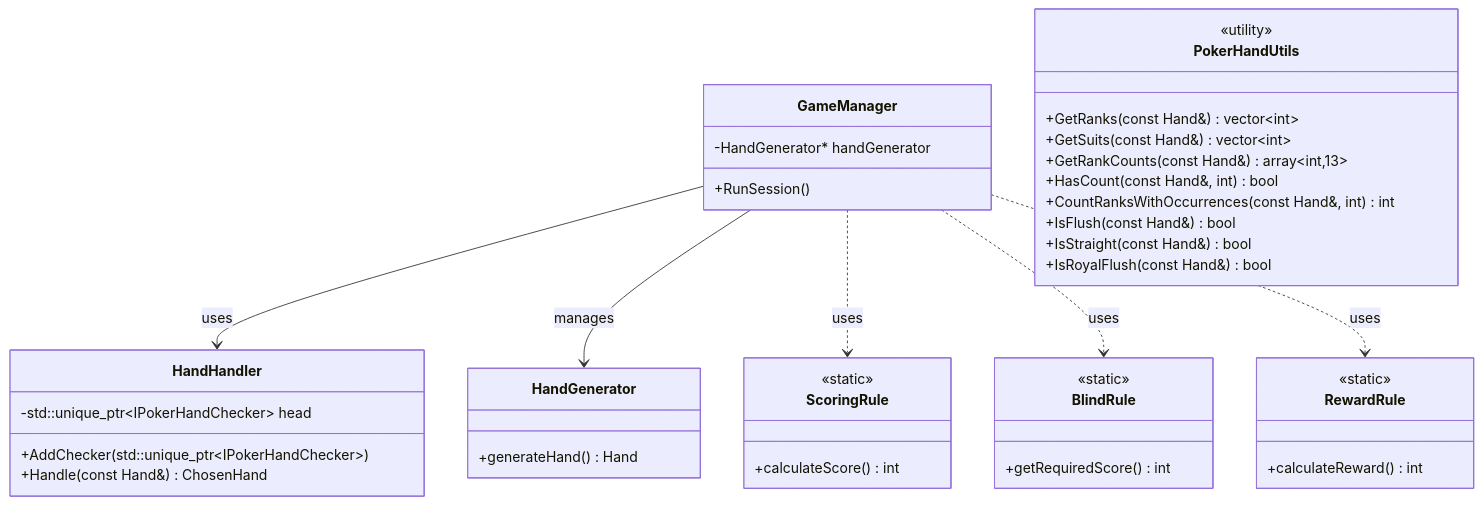
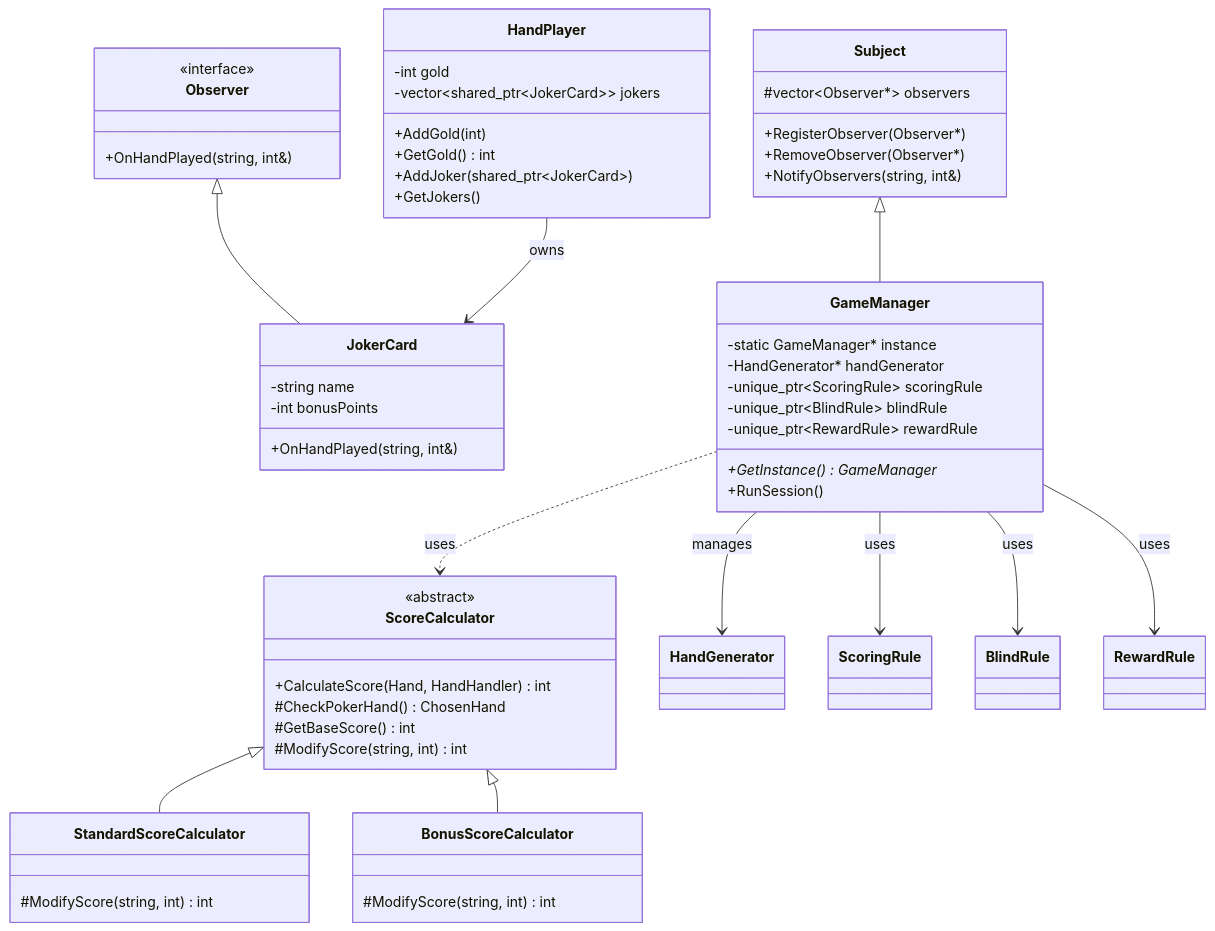
One commit to Amrhea/Kel.DesignPattern changed the second of 2 diagrams in docs/design-pattern-analysis.md. Above: the diagram before and after it, drawn with Mermaid. The commit also changed other lines of this file and 2 other files, not shown here.

Commit message:
docs: Update README, CHANGELOG, and design pattern analysis

````diff
--- a/docs/design-pattern-analysis.md
+++ b/docs/design-pattern-analysis.md
@@ -116,47 +132,68 @@
 ```mermaid
 classDiagram
+    class Subject {
+        #vector~Observer*~ observers
+        +RegisterObserver(Observer*)
+        +RemoveObserver(Observer*)
+        +NotifyObservers(string, int&)
+    }
+
+    class Observer {
+        <<interface>>
+        +OnHandPlayed(string, int&)
+    }
+
+    class JokerCard {
+        -string name
+        -int bonusPoints
+        +OnHandPlayed(string, int&)
+    }
+
     class GameManager {
+        -static GameManager* instance
         -HandGenerator* handGenerator
+        -unique_ptr~ScoringRule~ scoringRule
+        -unique_ptr~BlindRule~ blindRule
+        -unique_ptr~RewardRule~ rewardRule
+        +GetInstance() GameManager*
         +RunSession()
     }
 
-    class HandHandler {
-        -std::unique_ptr~IPokerHandChecker~ head
-        +AddChecker(std::unique_ptr~IPokerHandChecker~)
-        +Handle(const Hand&) ChosenHand
+    class HandPlayer {
+        -int gold
+        -vector~shared_ptr~JokerCard~~ jokers
+        +AddGold(int)
+        +GetGold() int
+        +AddJoker(shared_ptr~JokerCard~)
+        +GetJokers()
     }
 
-    class PokerHandUtils {
-        <<utility>>
-        +GetRanks(const Hand&) vector~int~
-        +GetSuits(const Hand&) vector~int~
-        +GetRankCounts(const Hand&) array~int,13~
-        +HasCount(const Hand&, int) bool
-        +CountRanksWithOccurrences(const Hand&, int) int
-        +IsFlush(const Hand&) bool
-        +IsStraight(const Hand&) bool
-        +IsRoyalFlush(const Hand&) bool
+    class ScoreCalculator {
+        <<abstract>>
+        +CalculateScore(Hand, HandHandler) int
+        #CheckPokerHand() ChosenHand
+        #GetBaseScore() int
+        #ModifyScore(string, int) int
     }
 
-    class HandGenerator {
-        +generateHand() Hand
-    }
-    class ScoringRule {
-        <<static>>
-        +calculateScore() int
-    }
-    class BlindRule {
-        <<static>>
-        +getRequiredScore() int
-    }
-    class RewardRule {
-        <<static>>
-        +calculateReward() int
+    class StandardScoreCalculator {
+        #ModifyScore(string, int) int
     }
 
-    GameManager --> HandHandler : uses
+    class BonusScoreCalculator {
+        #ModifyScore(string, int) int
+    }
+
+    Subject <|-- GameManager
+    Observer <|-- JokerCard
+    ScoreCalculator <|-- StandardScoreCalculator
+    ScoreCalculator <|-- BonusScoreCalculator
+
     GameManager --> HandGenerator : manages
-    GameManager ..> ScoringRule : uses
-    GameManager ..> BlindRule : uses
-    GameManager ..> RewardRule : uses
+    GameManager --> ScoringRule : uses
+    GameManager --> BlindRule : uses
+    GameManager --> RewardRule : uses
+    GameManager ..> ScoreCalculator : uses
+
+    HandPlayer --> JokerCard : owns
 ```
````
